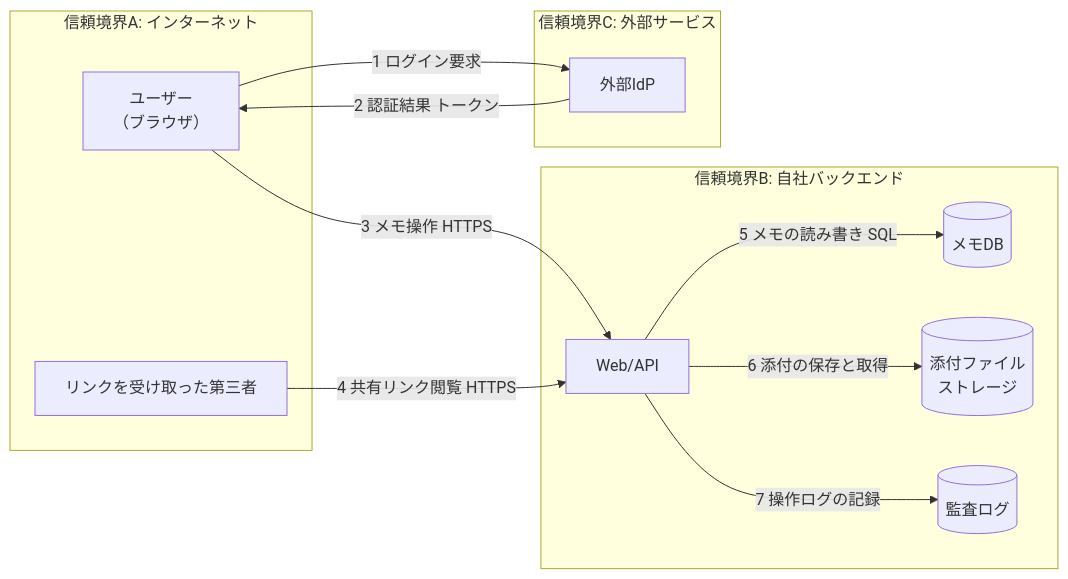
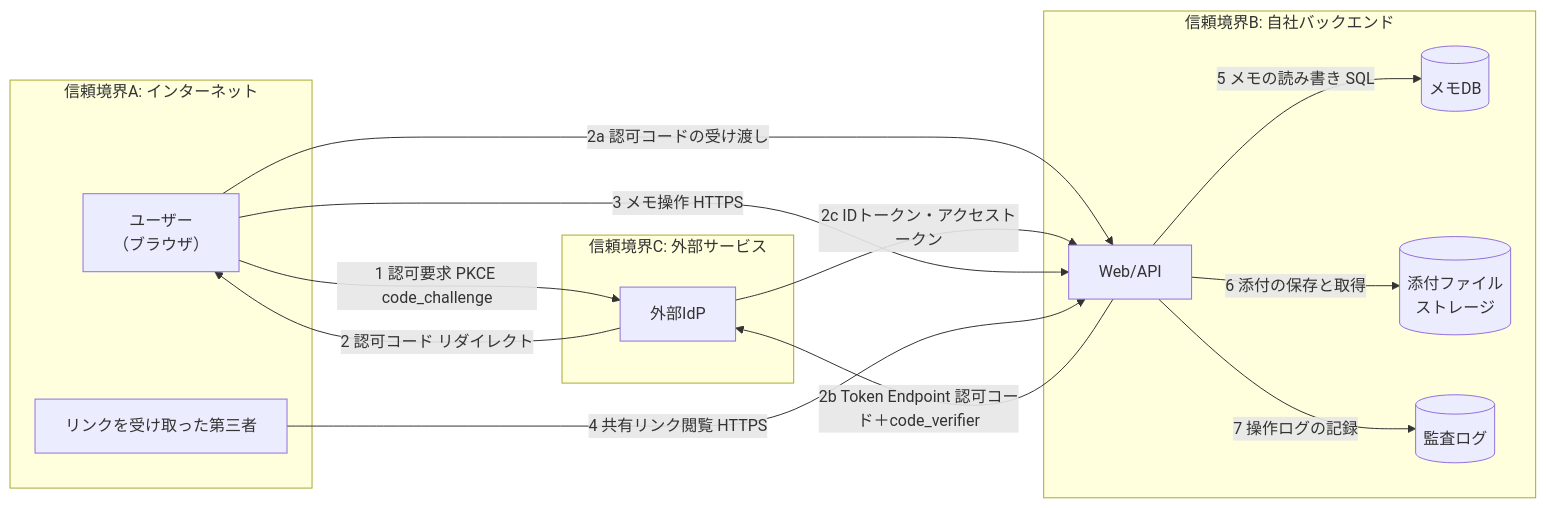
Before and after one commit to myoshi2891/Security_Studies: the sixth of 9 diagrams in Threat-modeling-shostack-guide.md, drawn with Mermaid. The commit also changed 2 other files, not shown here.

Commit message:
docs: fix K8s RBAC/NetworkPolicy/labels, MD028 and OIDC auth code flow in guides

````diff
--- a/Threat-modeling-shostack-guide.md
+++ b/Threat-modeling-shostack-guide.md
@@ -567,23 +567,26 @@
 ```mermaid
 flowchart LR
     subgraph NET["信頼境界A: インターネット"]
         U["ユーザー<br/>（ブラウザ）"]
         V["リンクを受け取った第三者"]
     end
     subgraph APP["信頼境界B: 自社バックエンド"]
         API["Web/API"]
         DB[("メモDB")]
         OBJ[("添付ファイル<br/>ストレージ")]
         LOG[("監査ログ")]
     end
     subgraph EXT["信頼境界C: 外部サービス"]
         IDP["外部IdP"]
     end
-    U -->|"1 ログイン要求"| IDP
-    IDP -->|"2 認証結果 トークン"| U
+    U -->|"1 認可要求 PKCE code_challenge"| IDP
+    IDP -->|"2 認可コード リダイレクト"| U
+    U -->|"2a 認可コードの受け渡し"| API
+    API -->|"2b Token Endpoint 認可コード＋code_verifier"| IDP
+    IDP -->|"2c IDトークン・アクセストークン"| API
     U -->|"3 メモ操作 HTTPS"| API
     V -->|"4 共有リンク閲覧 HTTPS"| API
     API -->|"5 メモの読み書き SQL"| DB
     API -->|"6 添付の保存と取得"| OBJ
     API -->|"7 操作ログの記録"| LOG
 ```
````
